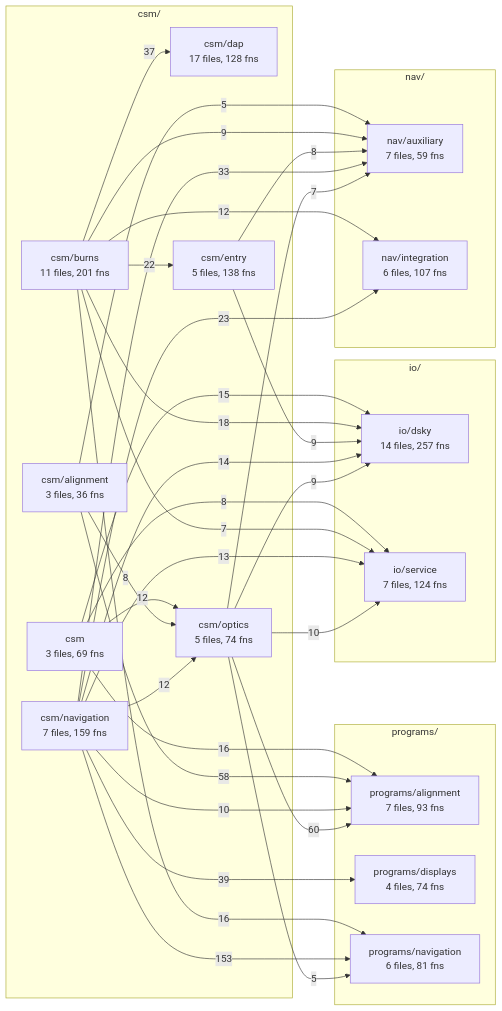
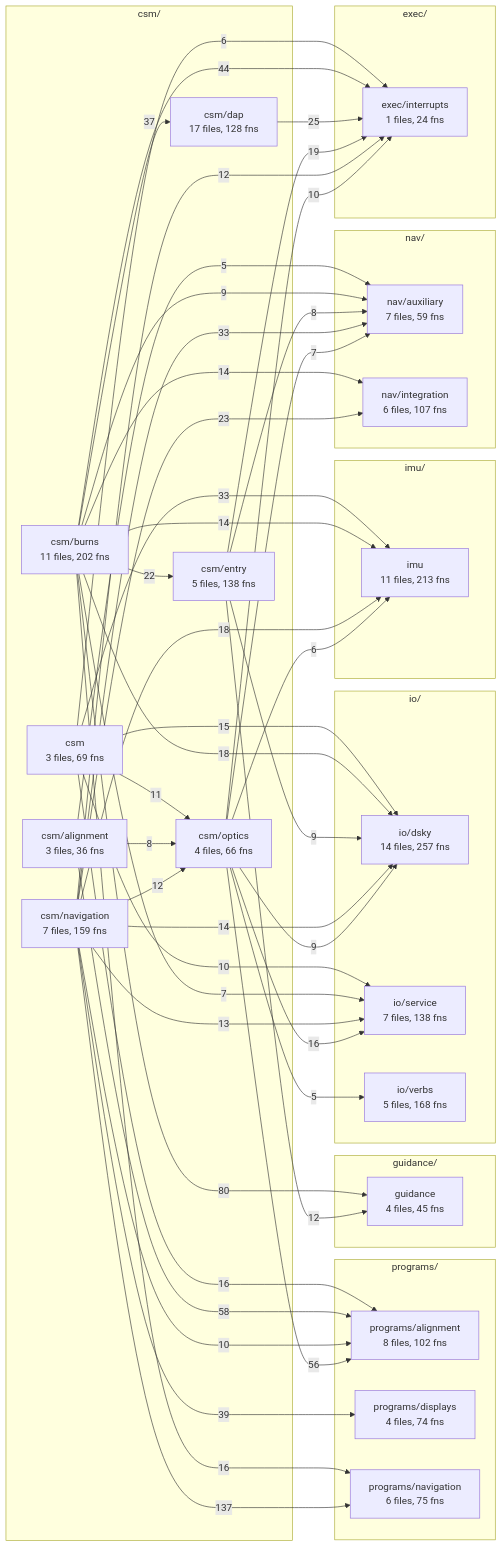
The third of 5 diagrams in docs/overview/README.md (bobjoe400/apollo-c), drawn with Mermaid before and after one commit. The commit also changed other lines of this file and 68 other files, not shown here.

````diff
--- a/docs/overview/README.md
+++ b/docs/overview/README.md
@@ -404,54 +400,76 @@
 ```mermaid
 flowchart LR
     subgraph csm_layer["csm/"]
         csm["csm<br/>3 files, 69 fns"]
         csm_alignment["csm/alignment<br/>3 files, 36 fns"]
-        csm_burns["csm/burns<br/>11 files, 201 fns"]
+        csm_burns["csm/burns<br/>11 files, 202 fns"]
         csm_dap["csm/dap<br/>17 files, 128 fns"]
         csm_entry["csm/entry<br/>5 files, 138 fns"]
         csm_navigation["csm/navigation<br/>7 files, 159 fns"]
-        csm_optics["csm/optics<br/>5 files, 74 fns"]
+        csm_optics["csm/optics<br/>4 files, 66 fns"]
     end
     subgraph programs_layer["programs/"]
-        programs_alignment["programs/alignment<br/>7 files, 93 fns"]
+        programs_alignment["programs/alignment<br/>8 files, 102 fns"]
         programs_displays["programs/displays<br/>4 files, 74 fns"]
-        programs_navigation["programs/navigation<br/>6 files, 81 fns"]
+        programs_navigation["programs/navigation<br/>6 files, 75 fns"]
+    end
+    subgraph guidance_layer["guidance/"]
+        guidance["guidance<br/>4 files, 45 fns"]
     end
     subgraph io_layer["io/"]
         io_dsky["io/dsky<br/>14 files, 257 fns"]
-        io_service["io/service<br/>7 files, 124 fns"]
+        io_service["io/service<br/>7 files, 138 fns"]
+        io_verbs["io/verbs<br/>5 files, 168 fns"]
+    end
+    subgraph imu_layer["imu/"]
+        imu["imu<br/>11 files, 213 fns"]
     end
     subgraph nav_layer["nav/"]
         nav_auxiliary["nav/auxiliary<br/>7 files, 59 fns"]
         nav_integration["nav/integration<br/>6 files, 107 fns"]
     end
-    csm -->|12| csm_optics
+    subgraph exec_layer["exec/"]
+        exec_interrupts["exec/interrupts<br/>1 files, 24 fns"]
+    end
+    csm -->|11| csm_optics
+    csm -->|6| exec_interrupts
+    csm -->|33| imu
     csm -->|15| io_dsky
-    csm -->|8| io_service
+    csm -->|10| io_service
     csm -->|16| programs_alignment
     csm_alignment -->|8| csm_optics
     csm_alignment -->|5| nav_auxiliary
     csm_alignment -->|58| programs_alignment
     csm_burns -->|37| csm_dap
     csm_burns -->|22| csm_entry
+    csm_burns -->|44| exec_interrupts
+    csm_burns -->|80| guidance
+    csm_burns -->|14| imu
     csm_burns -->|18| io_dsky
     csm_burns -->|7| io_service
     csm_burns -->|9| nav_auxiliary
-    csm_burns -->|12| nav_integration
+    csm_burns -->|14| nav_integration
     csm_burns -->|16| programs_navigation
+    csm_dap -->|25| exec_interrupts
+    csm_entry -->|19| exec_interrupts
+    csm_entry -->|12| guidance
     csm_entry -->|9| io_dsky
     csm_entry -->|8| nav_auxiliary
     csm_navigation -->|12| csm_optics
+    csm_navigation -->|12| exec_interrupts
+    csm_navigation -->|18| imu
     csm_navigation -->|14| io_dsky
     csm_navigation -->|13| io_service
     csm_navigation -->|33| nav_auxiliary
     csm_navigation -->|23| nav_integration
     csm_navigation -->|10| programs_alignment
     csm_navigation -->|39| programs_displays
-    csm_navigation -->|153| programs_navigation
+    csm_navigation -->|137| programs_navigation
+    csm_optics -->|10| exec_interrupts
+    csm_optics -->|6| imu
     csm_optics -->|9| io_dsky
-    csm_optics -->|10| io_service
+    csm_optics -->|16| io_service
+    csm_optics -->|5| io_verbs
     csm_optics -->|7| nav_auxiliary
-    csm_optics -->|60| programs_alignment
-    csm_optics -->|5| programs_navigation
+    csm_optics -->|56| programs_alignment
 ```
````
